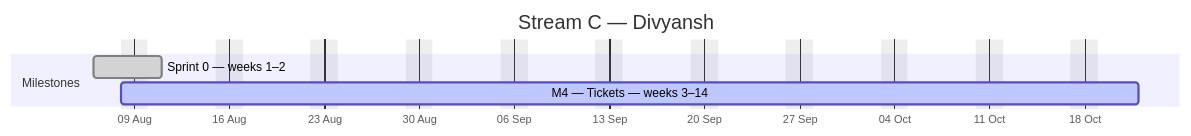
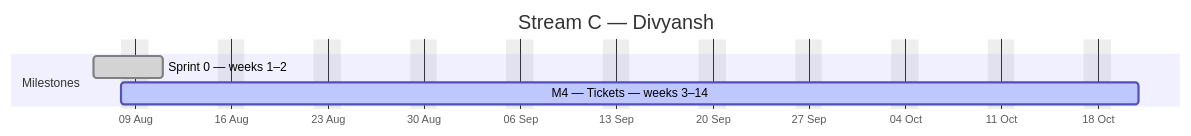
The third of 4 diagrams in docs/plan/GANTT.md (debashisedunext/EduTrack), drawn with Mermaid before and after one commit. The commit also changed other lines of this file and 3 other files, not shown here.

````diff
--- a/docs/plan/GANTT.md
+++ b/docs/plan/GANTT.md
@@ -139,10 +139,10 @@
 ```mermaid
 gantt
     dateFormat YYYY-MM-DD
     axisFormat %d %b
     title Stream C — Divyansh
     excludes weekends
     section Milestones
     Sprint 0 — weeks 1–2 :done, c0, 2026-08-06, 3d
-    M4 — Tickets — weeks 3–14 :active, c1, 2026-08-08, 54d
+    M4 — Tickets — weeks 3–14 :active, c1, 2026-08-08, 53d
 ```
````
